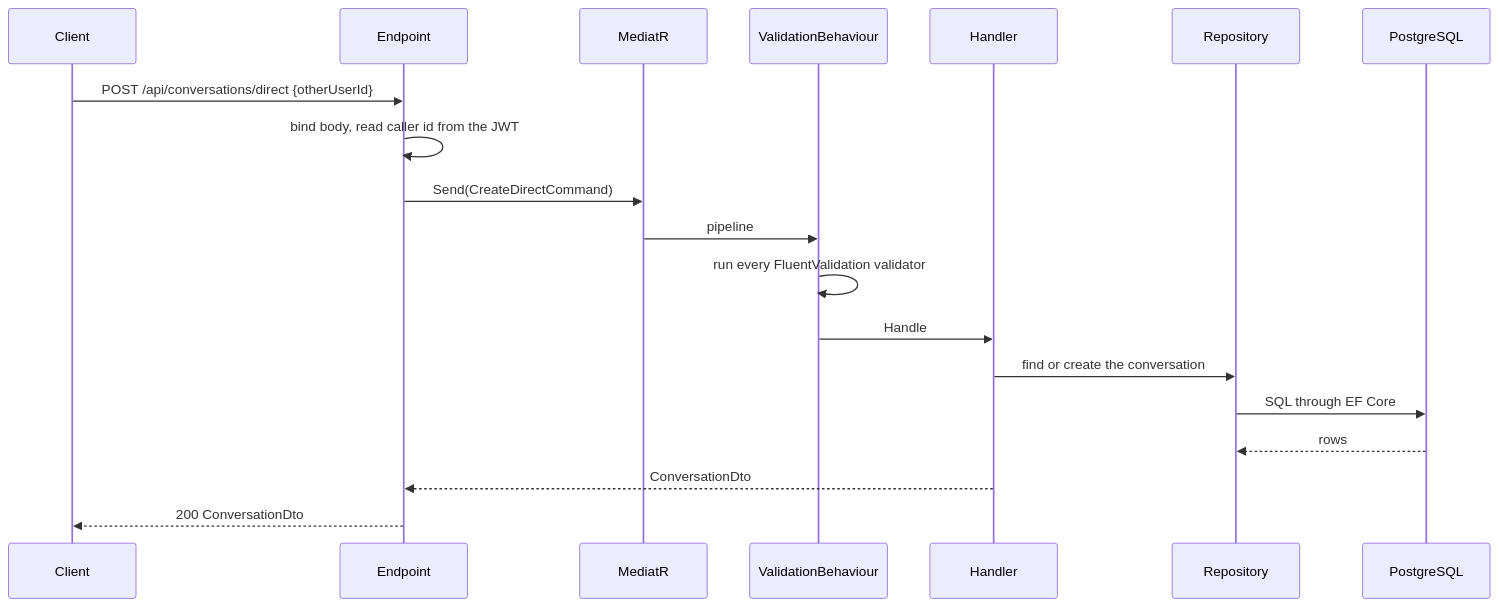
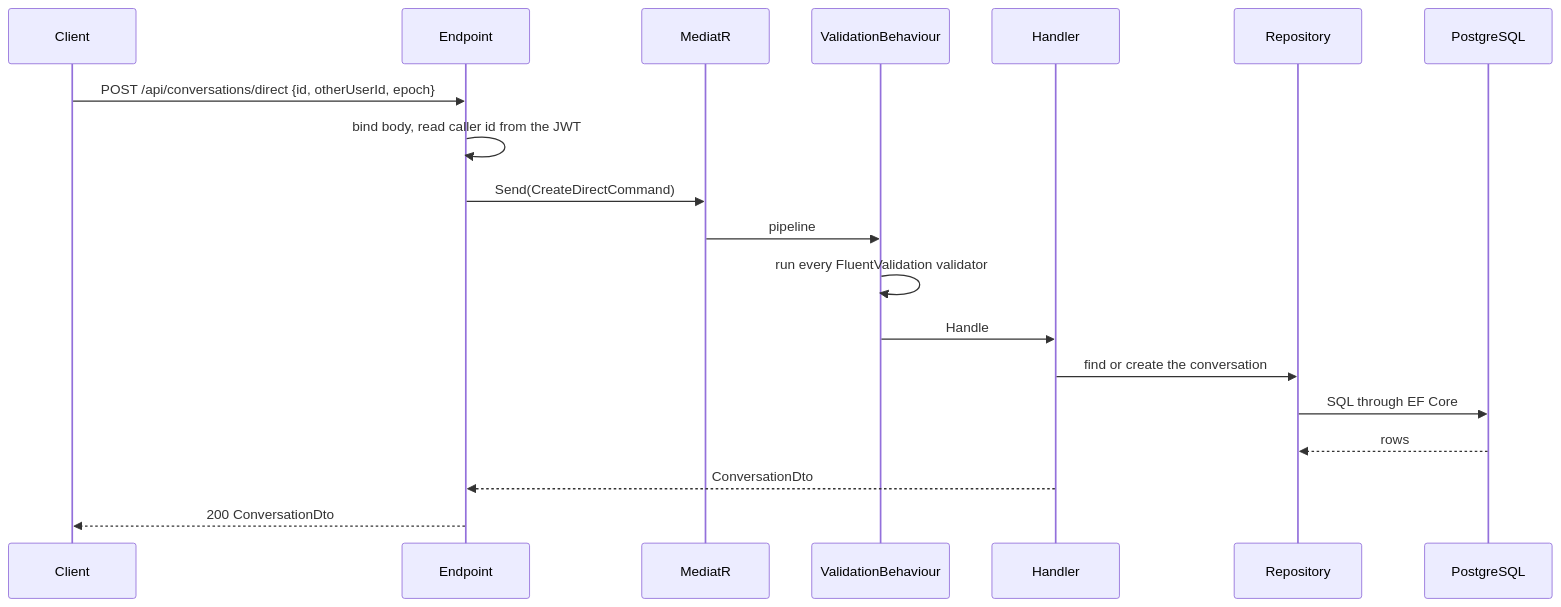
The diagram in docs/architecture/request-flow.md (Harsh-Moriya/chatnet), drawn with Mermaid before and after one commit. The commit also changed 3 other files, not shown here.

````diff
--- a/docs/architecture/request-flow.md
+++ b/docs/architecture/request-flow.md
@@ -29,21 +29,21 @@
 ```mermaid
 sequenceDiagram
     participant C as Client
     participant E as Endpoint
     participant M as MediatR
     participant V as ValidationBehaviour
     participant H as Handler
     participant R as Repository
     participant D as PostgreSQL
-    C->>E: POST /api/conversations/direct {otherUserId}
+    C->>E: POST /api/conversations/direct {id, otherUserId, epoch}
     E->>E: bind body, read caller id from the JWT
     E->>M: Send(CreateDirectCommand)
     M->>V: pipeline
     V->>V: run every FluentValidation validator
     V->>H: Handle
     H->>R: find or create the conversation
     R->>D: SQL through EF Core
     D-->>R: rows
     H-->>E: ConversationDto
     E-->>C: 200 ConversationDto
 ```
````
